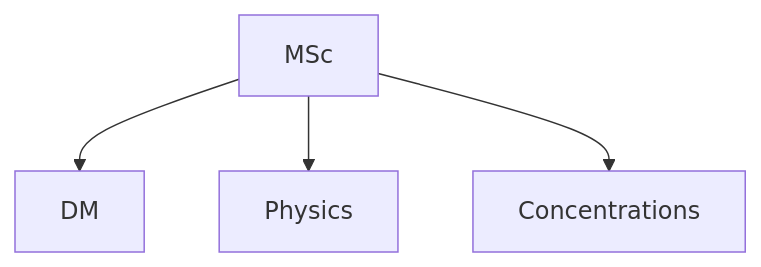
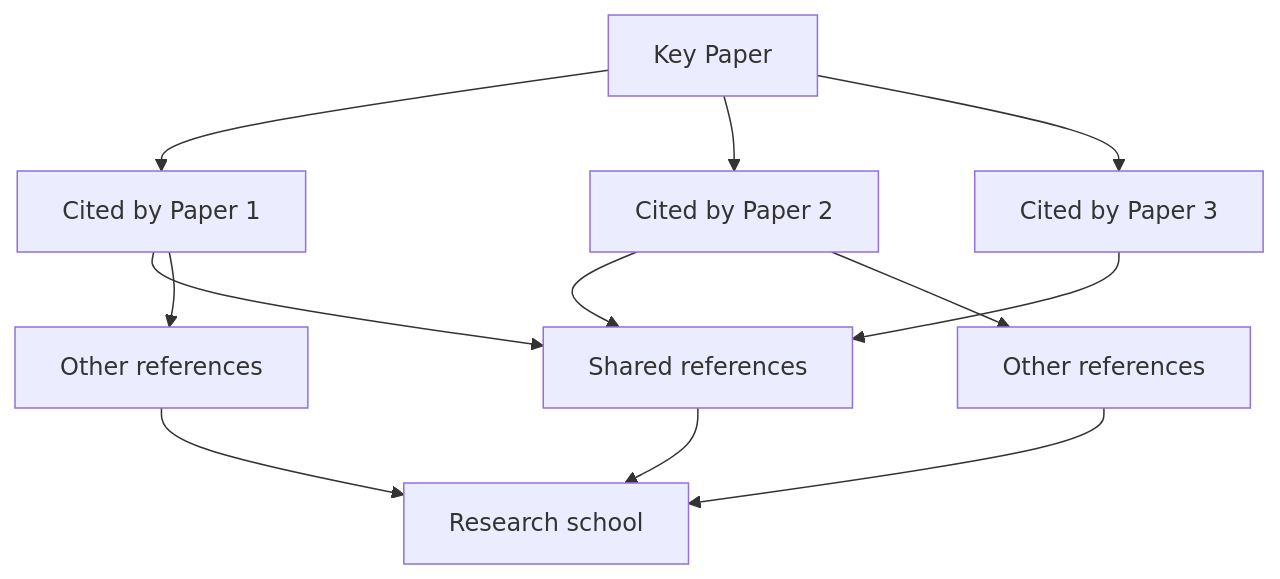
The fourth of 6 diagrams in 04_MPhil_PhD_Prep/literature_reviews/README.md (yip-lgtm/PhysicsSelfStudy), drawn with Mermaid before and after one commit. The commit also changed other lines of this file and 17 other files, not shown here.

Commit message:
PhysicsSelfStudy: MSc QFT/String/AdS-CFT/Cosmology/Particle/Neutrino/QI/TQC + MSDM v2 (psv3+psv4 batches)

````diff
--- a/04_MPhil_PhD_Prep/literature_reviews/README.md
+++ b/04_MPhil_PhD_Prep/literature_reviews/README.md
@@ -129,6 +568,14 @@
 ```mermaid
 graph TD
-    A[MSc] --> B[DM]
-    A --> C[Physics]
-    A --> D[Concentrations]
+    A[Key Paper] --> B[Cited by Paper 1]
+    A --> C[Cited by Paper 2]
+    A --> D[Cited by Paper 3]
+    B --> E[Shared references]
+    C --> E
+    D --> E
+    E --> F[Research school]
+    B --> G[Other references]
+    C --> H[Other references]
+    G --> F
+    H --> F
 ```
````
